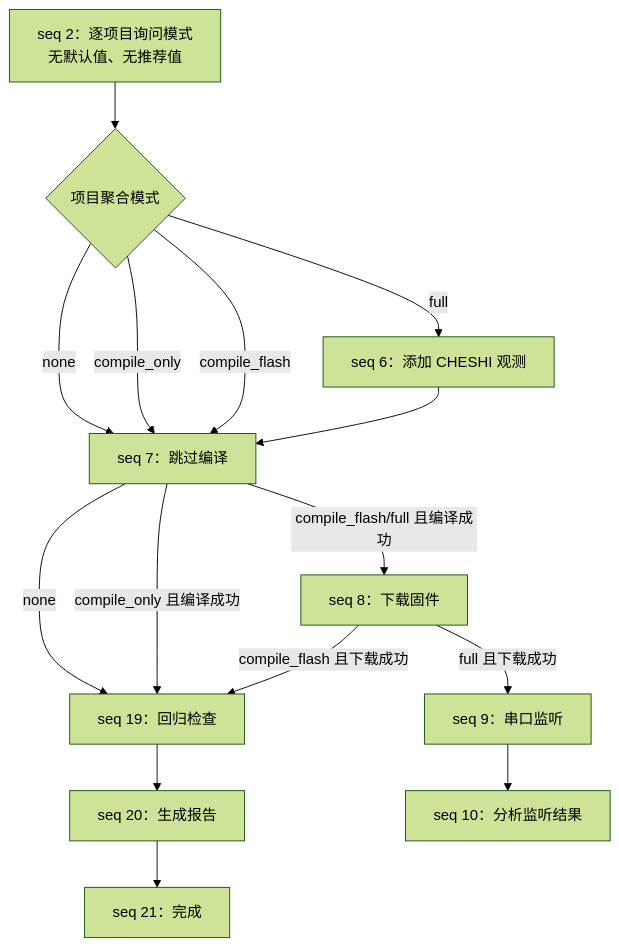
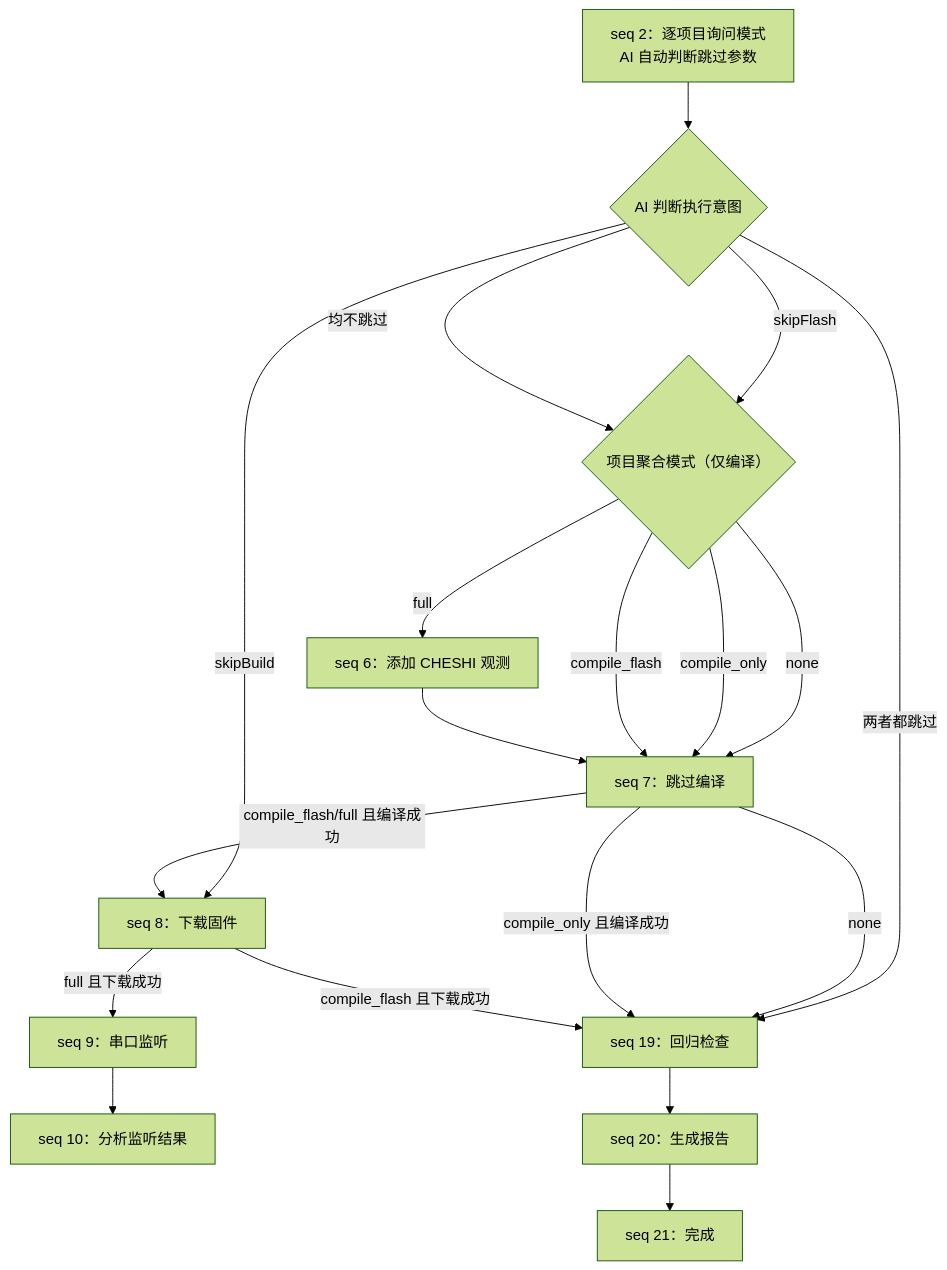
Before and after one commit to kzl31/embedded-debug-workflow: the second of 3 diagrams in refs/workflow-diagram.md, drawn with Mermaid (forest theme). The commit also changed other lines of this file and 8 other files, not shown here.

````diff
--- a/refs/workflow-diagram.md
+++ b/refs/workflow-diagram.md
@@ -42,19 +42,23 @@
 ```mermaid
 flowchart TD
-    S2["seq 2：逐项目询问模式<br/>无默认值、无推荐值"] --> Mode{"项目聚合模式"}
+    S2["seq 2：逐项目询问模式<br/>AI 自动判断跳过参数"] --> Skip{"AI 判断执行意图"}
+    Skip -->|两者都跳过| R19["seq 19：回归检查"]
+    Skip -->|skipBuild| D8["seq 8：直接下载已有固件"]
+    Skip -->|skipFlash| Mode{"项目聚合模式（仅编译）"}
+    Skip -->|均不跳过| Mode
     Mode -->|none| D7["seq 7：跳过编译"]
     Mode -->|compile_only| D7
     Mode -->|compile_flash| D7
     Mode -->|full| D6["seq 6：添加 CHESHI 观测"]
     D6 --> D7
 
     D7 -->|none| R19["seq 19：回归检查"]
     D7 -->|compile_only 且编译成功| R19
     D7 -->|compile_flash/full 且编译成功| D8["seq 8：下载固件"]
     D8 -->|compile_flash 且下载成功| R19
     D8 -->|full 且下载成功| D9["seq 9：串口监听"]
     D9 --> D10["seq 10：分析监听结果"]
 
     R19 --> R20["seq 20：生成报告"]
     R20 --> R21["seq 21：完成"]
 ```
````
